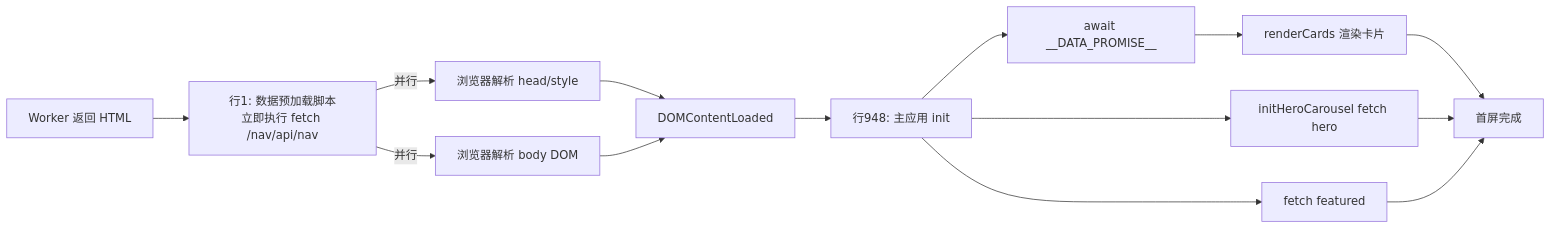
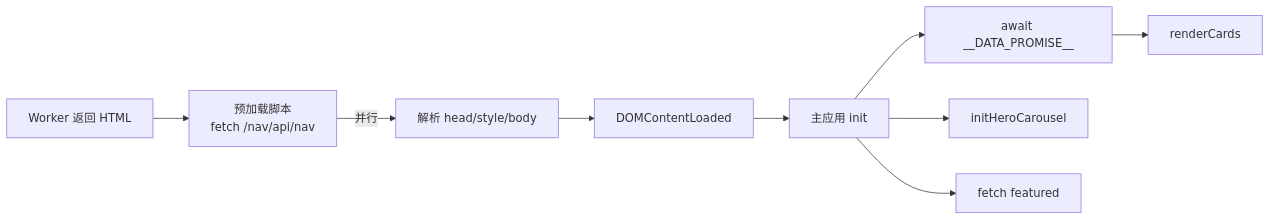
One commit to argb6/galnavi-obsidian changed the diagram in 03-部署的JS/内联JS总览与加载策略.md. Above: the diagram before and after it, drawn with Mermaid. The commit also changed other lines of this file and 34 other files, not shown here.

````diff
--- a/03-部署的JS/内联JS总览与加载策略.md
+++ b/03-部署的JS/内联JS总览与加载策略.md
@@ -82,16 +55,11 @@
 ```mermaid
 graph LR
-    A[Worker 返回 HTML] --> B[行1: 数据预加载脚本<br/>立即执行 fetch /nav/api/nav]
-    B -->|并行| C[浏览器解析 head/style]
-    B -->|并行| D[浏览器解析 body DOM]
+    A[Worker 返回 HTML] --> B[预加载脚本<br/>fetch /nav/api/nav]
+    B -->|并行| C[解析 head/style/body]
     C --> E[DOMContentLoaded]
-    D --> E
-    E --> F[行948: 主应用 init]
+    E --> F[主应用 init]
     F --> G[await __DATA_PROMISE__]
-    G --> H[renderCards 渲染卡片]
-    F --> I[initHeroCarousel fetch hero]
+    G --> H[renderCards]
+    F --> I[initHeroCarousel]
     F --> J[fetch featured]
-    H --> K[首屏完成]
-    I --> K
-    J --> K
 ```
````
